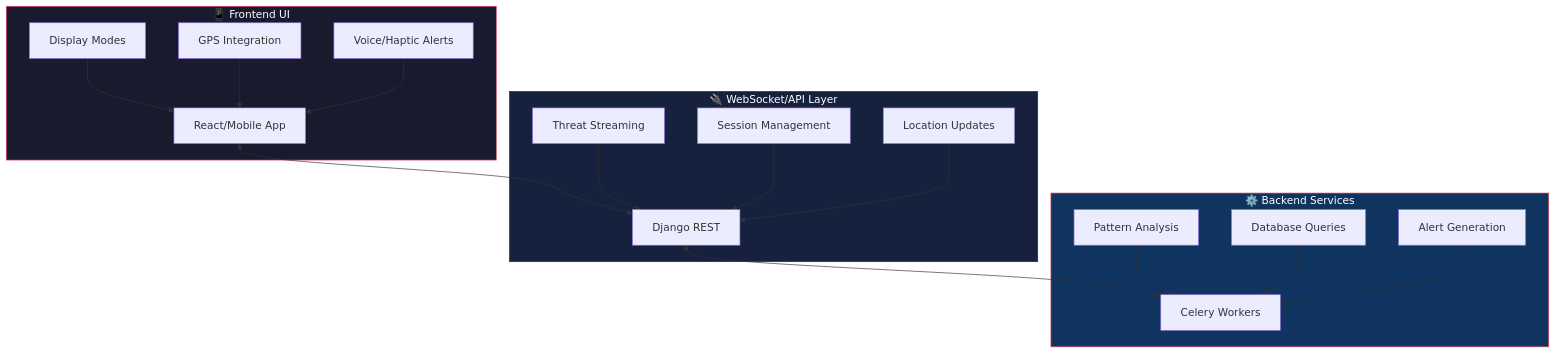
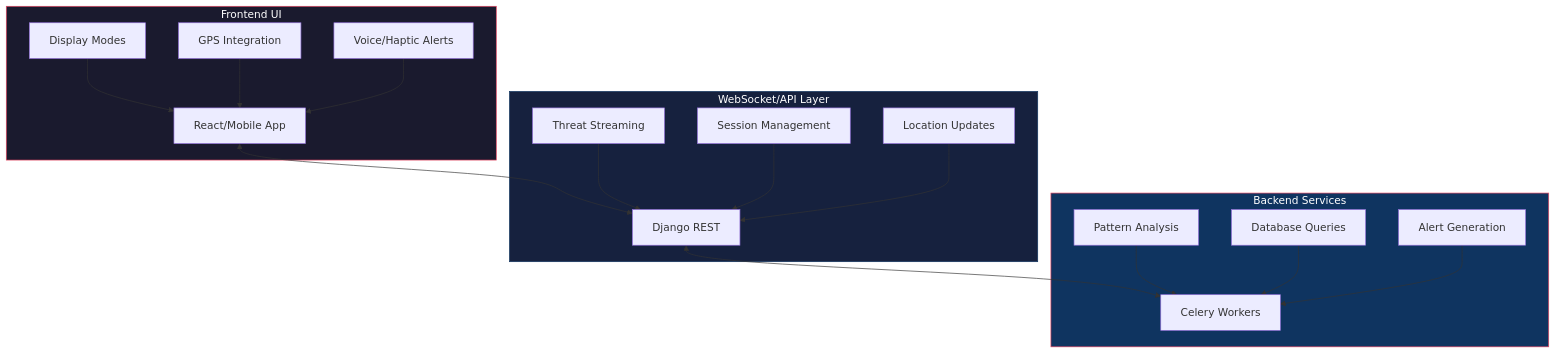
The first of 6 diagrams in docs/features/cannonball-mode.md (CHA0S-CORP/SkySpyDocs), drawn with Mermaid before and after one commit. The commit also changed other lines of this file, not shown here.

````diff
--- a/docs/features/cannonball-mode.md
+++ b/docs/features/cannonball-mode.md
@@ -43,39 +40,39 @@
 ```mermaid
 graph TB
-    subgraph Frontend["📱 Frontend UI"]
+    subgraph Frontend["Frontend UI"]
         A[React/Mobile App]
         B[Display Modes]
         C[GPS Integration]
         D[Voice/Haptic Alerts]
     end
 
-    subgraph API["🔌 WebSocket/API Layer"]
+    subgraph API["WebSocket/API Layer"]
         E[Django REST]
         F[Threat Streaming]
         G[Session Management]
         H[Location Updates]
     end
 
-    subgraph Backend["⚙️ Backend Services"]
+    subgraph Backend["Backend Services"]
         I[Celery Workers]
         J[Pattern Analysis]
         K[Database Queries]
         L[Alert Generation]
     end
 
     A <--> E
     B --> A
     C --> A
     D --> A
     E <--> I
     F --> E
     G --> E
     H --> E
     J --> I
     K --> I
     L --> I
 
     style Frontend fill:#1a1a2e,stroke:#e94560,color:#fff
     style API fill:#16213e,stroke:#0f3460,color:#fff
     style Backend fill:#0f3460,stroke:#e94560,color:#fff
 ```
````
